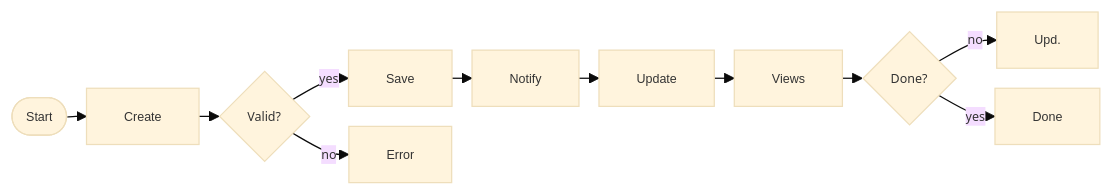
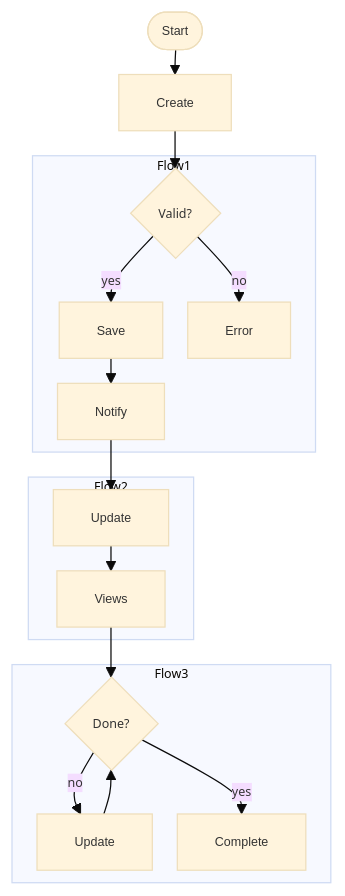
One commit to ritiku2004/Zira-Project-details changed the diagram in diagrams/activity-slide.mmd. Above: the diagram before and after it, drawn with Mermaid. The commit also changed 2 other files, not shown here.

Commit message:
Diagrames added

````diff
--- a/diagrams/activity-slide.mmd
+++ b/diagrams/activity-slide.mmd
@@ -2,21 +2,30 @@
 ```mermaid
 %% Compact slide-friendly activity diagram
 %% Use init to reduce node/rank spacing and a small font class
-%%{init: {"theme":"base","flowchart": {"nodeSpacing": 16, "rankSpacing": 16, "curve":"basis"}, "themeVariables": {"fontSize": "10px", "fontFamily": "arial"}}}%%
-flowchart LR
+%%{init: {"theme":"base","flowchart": {"nodeSpacing": 20, "rankSpacing": 20, "curve":"basis"}, "themeVariables": {"fontSize": "10px", "fontFamily": "arial"}}}%%
+flowchart TD
   classDef small font-size:10px,font-family:arial;
 
   Start([Start]) --> Create[Create]
   Create --> Valid{Valid?}
-  Valid -->|yes| Save[Save]
-  Valid -->|no| Error[Error]
-  Save --> Notify[Notify]
-  Notify --> Update[Update]
-  Update --> Views[Views]
-  Views --> Loop{Done?}
-  Loop -->|no| UpdateStatus[Upd.]
-  Loop -->|yes| Complete[Done]
+  subgraph Flow1
+    Valid -->|yes| Save[Save]
+    Valid -->|no| Error[Error]
+    Save --> Notify[Notify]
+  end
+  subgraph Flow2
+    Notify --> Update[Update]
+    Update --> Views[Views]
+  end
+  subgraph Flow3
+    Views --> Loop{Done?}
+    Loop -->|no| Status[Update]
+    Loop -->|yes| Done[Complete]
+    Status --> Loop
+  end
 
-  class Start,Create,Save,Notify,Update,Views,UpdateStatus,Complete,Error small
+  class Start,Create,Save,Error,Notify,Update,Views,Status,Done small
+  
+  %% Adjust layout to be more compact with 3:4 ratio
 
 ``` 
````
